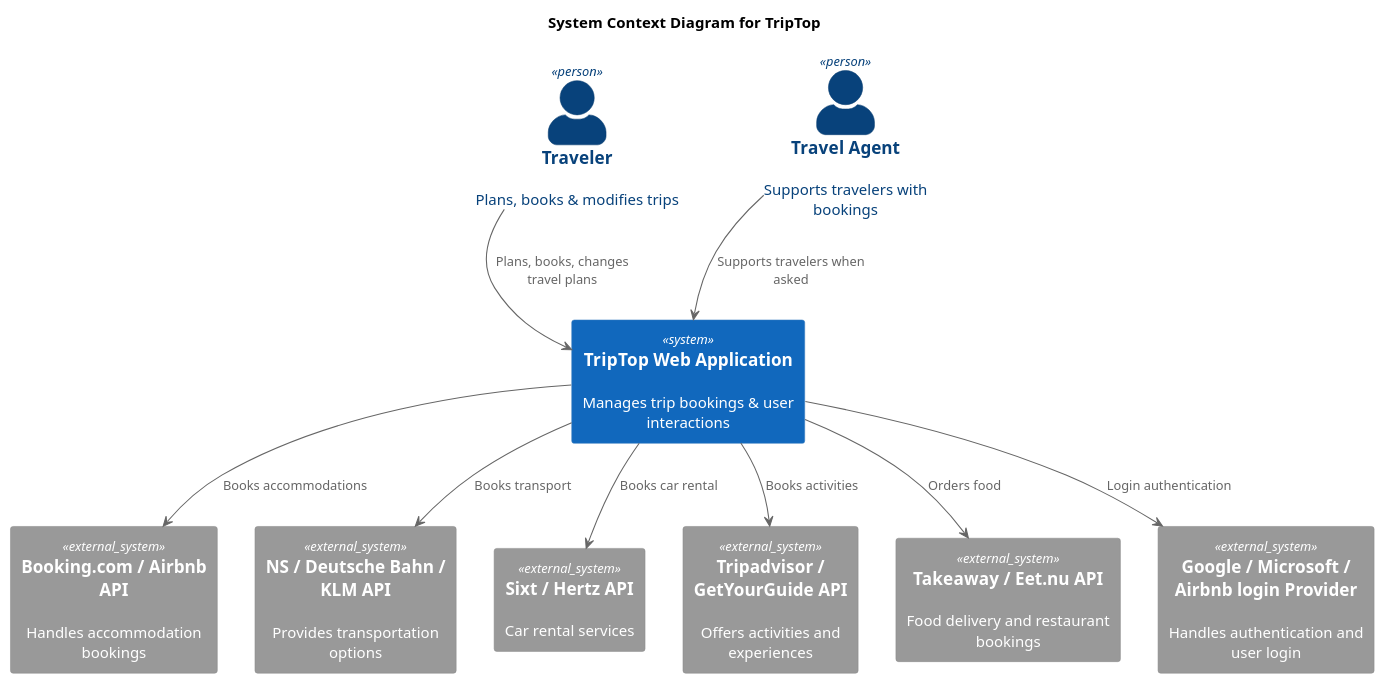
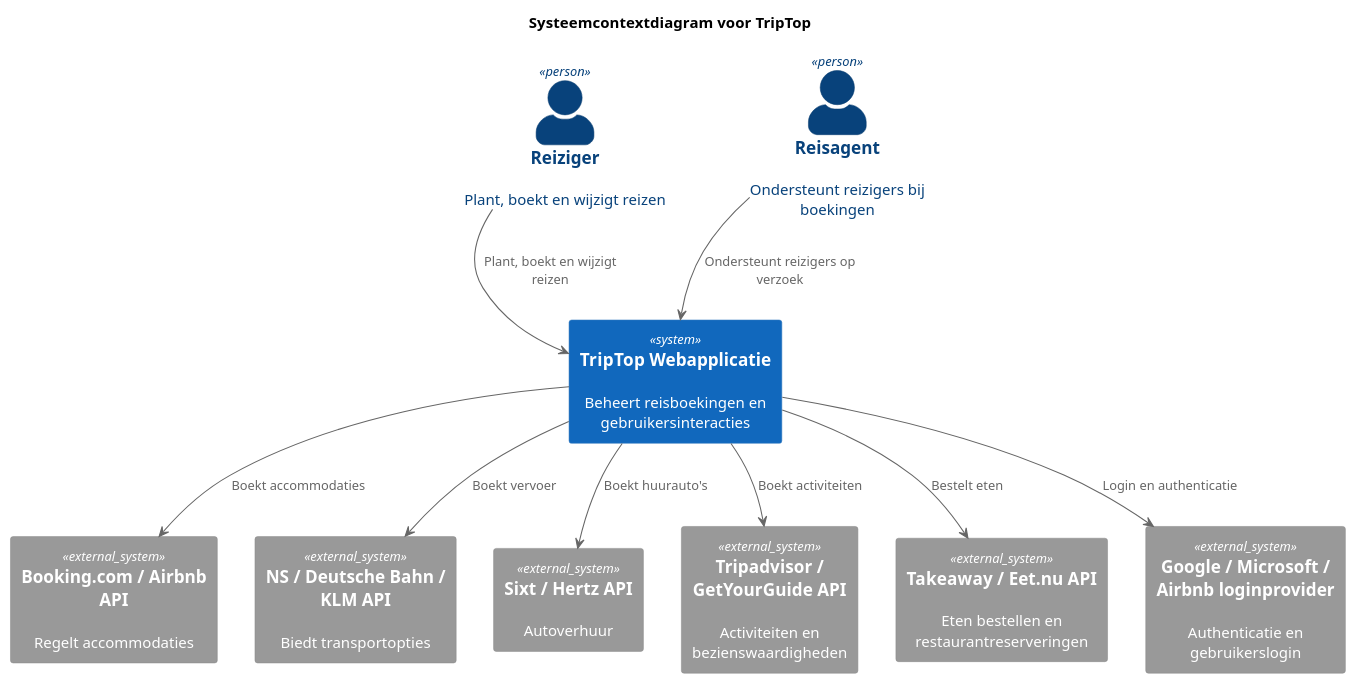
Before and after one commit to AIM-ENE-feb25/triptop-groep-3: the diagram in opdracht-diagrammen/C4 Context/C4-ContextDiagram-TripTop.puml, drawn with PlantUML. The commit also changed 3 other files, not shown here.

Commit message:
updated swg & contextdiagram

```diff
--- a/opdracht-diagrammen/C4 Context/C4-ContextDiagram-TripTop.puml
+++ b/opdracht-diagrammen/C4 Context/C4-ContextDiagram-TripTop.puml
@@ -1,43 +1,44 @@
 @startuml
 
 !include https://raw.githubusercontent.com/plantuml-stdlib/C4-PlantUML/master/C4_Context.puml
 
-title System Context Diagram for TripTop
+title Systeemcontextdiagram voor TripTop
 SHOW_PERSON_PORTRAIT()
-' Define Users (at the top)
-Person(Traveler, "Traveler", "Plans, books & modifies trips")
-Person(TravelAgent, "Travel Agent", "Supports travelers with bookings")
 
-' Define System (center)
-System(TripTop, "TripTop Web Application", "Manages trip bookings & user interactions")
+' Gebruikers (boven)
+Person(Traveler, "Reiziger", "Plant, boekt en wijzigt reizen")
+Person(TravelAgent, "Reisagent", "Ondersteunt reizigers bij boekingen")
 
-' Define External Systems (bottom)
-System_Ext(Booking, "Booking.com / Airbnb API", "Handles accommodation bookings")
-System_Ext(Transport, "NS / Deutsche Bahn / KLM API", "Provides transportation options")
-System_Ext(CarRent, "Sixt / Hertz API", "Car rental services")
-System_Ext(Activities, "Tripadvisor / GetYourGuide API", "Offers activities and experiences")
-System_Ext(Food, "Takeaway / Eet.nu API", "Food delivery and restaurant bookings")
-System_Ext(IdProvider, "Google / Microsoft / Airbnb login Provider", "Handles authentication and user login")
+' Systeem (midden)
+System(TripTop, "TripTop Webapplicatie", "Beheert reisboekingen en gebruikersinteracties")
 
-' Positioning
+' Externe systemen (onder)
+System_Ext(Booking, "Booking.com / Airbnb API", "Regelt accommodaties")
+System_Ext(Transport, "NS / Deutsche Bahn / KLM API", "Biedt transportopties")
+System_Ext(CarRent, "Sixt / Hertz API", "Autoverhuur")
+System_Ext(Activities, "Tripadvisor / GetYourGuide API", "Activiteiten en bezienswaardigheden")
+System_Ext(Food, "Takeaway / Eet.nu API", "Eten bestellen en restaurantreserveringen")
+System_Ext(IdProvider, "Google / Microsoft / Airbnb loginprovider", "Authenticatie en gebruikerslogin")
+
+' Positionering
 Traveler -[hidden]-> TripTop
 TravelAgent -[hidden]-> TripTop
 TripTop -[hidden]-> Booking
 TripTop -[hidden]-> Transport
 TripTop -[hidden]-> CarRent
 TripTop -[hidden]-> Activities
 TripTop -[hidden]-> Food
 TripTop -[hidden]-> IdProvider
 
-' Relationships
-Traveler -> TripTop : "Plans, books, changes travel plans"
-TravelAgent -> TripTop : "Supports travelers when asked"
+' Relaties
+Traveler -> TripTop : "Plant, boekt en wijzigt reizen"
+TravelAgent -> TripTop : "Ondersteunt reizigers op verzoek"
 
-TripTop -down-> Booking : "Books accommodations"
-TripTop -down-> Transport : "Books transport"
-TripTop -down-> CarRent : "Books car rental"
-TripTop -down-> Activities : "Books activities"
-TripTop -down-> Food : "Orders food"
-TripTop -down-> IdProvider : "Login authentication"
+TripTop -down-> Booking : "Boekt accommodaties"
+TripTop -down-> Transport : "Boekt vervoer"
+TripTop -down-> CarRent : "Boekt huurauto's"
+TripTop -down-> Activities : "Boekt activiteiten"
+TripTop -down-> Food : "Bestelt eten"
+TripTop -down-> IdProvider : "Login en authenticatie"
 
 @enduml
```
